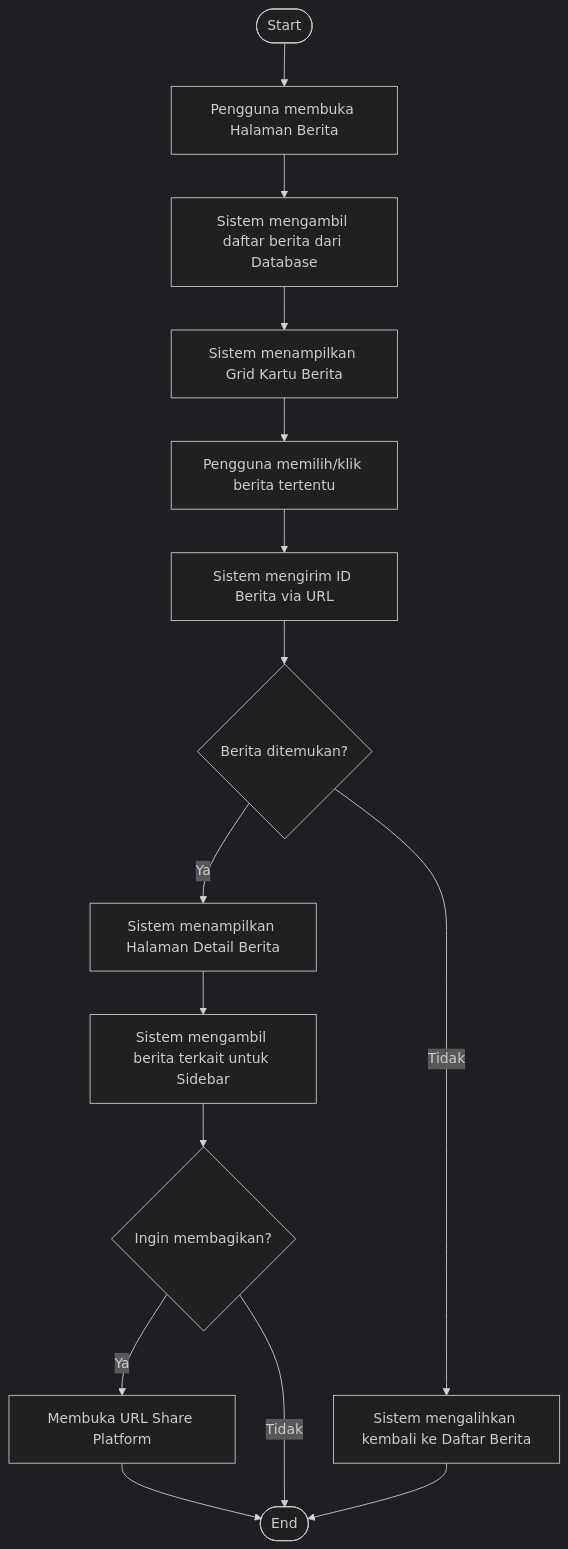
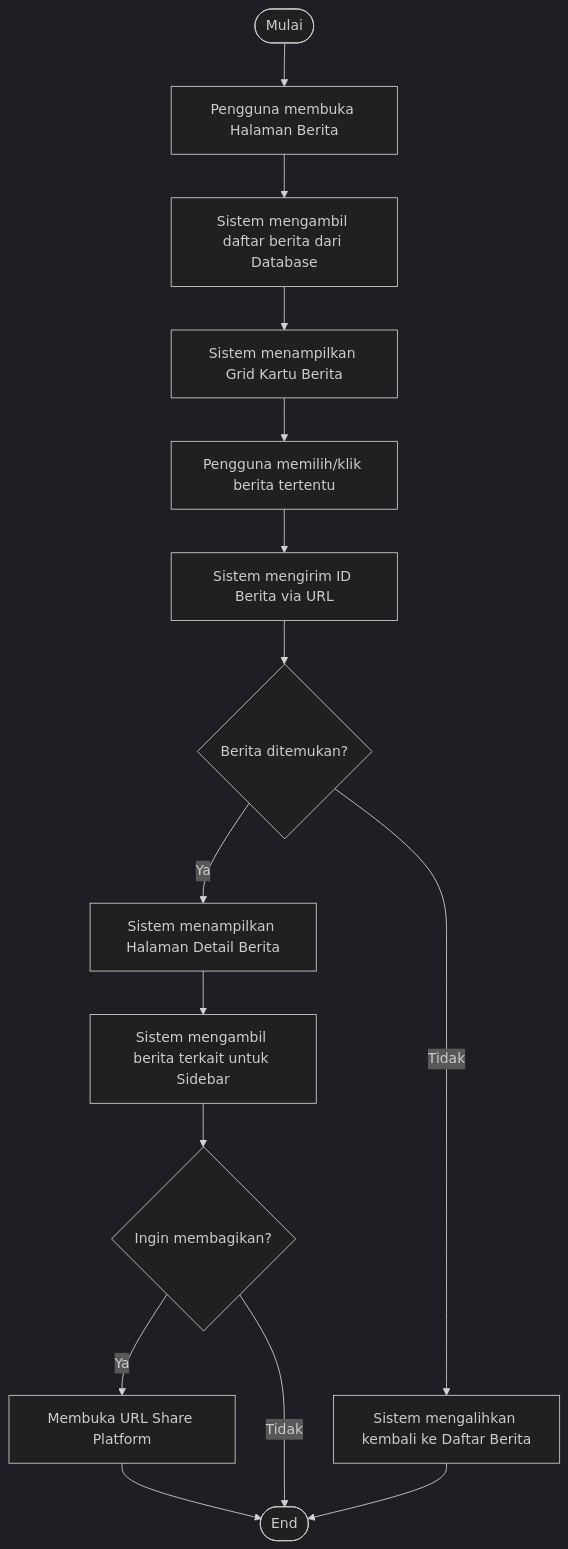
One commit to arbain-dev/Web_fikom changed the third of 8 diagrams in docs/activity_diagram_publik.md. Above: the diagram before and after it, drawn with Mermaid (dark theme). The commit also changed other lines of this file and 7 other files, not shown here.

Commit message:
docs: standarisasi semua awal flowchart diagram menjadi 'Mulai'

````diff
--- a/docs/activity_diagram_publik.md
+++ b/docs/activity_diagram_publik.md
@@ -75,23 +75,23 @@
 ```mermaid
 flowchart TD
-    Start([Start]) --> OpenBerita[Pengguna membuka Halaman Berita]
+    Mulai([Mulai]) --> OpenBerita[Pengguna membuka Halaman Berita]
     OpenBerita --> FetchNews[Sistem mengambil daftar berita dari Database]
     FetchNews --> ShowGrid[Sistem menampilkan Grid Kartu Berita]
     
     ShowGrid --> ClickNews[Pengguna memilih/klik berita tertentu]
     ClickNews --> SendID[Sistem mengirim ID Berita via URL]
     
     SendID --> CheckID{Berita ditemukan?}
     
     CheckID -- "Ya" --> ShowDetail[Sistem menampilkan Halaman Detail Berita]
     ShowDetail --> Sidebar[Sistem mengambil berita terkait untuk Sidebar]
     
     CheckID -- "Tidak" --> Redirect[Sistem mengalihkan kembali ke Daftar Berita]
     
     Sidebar --> Share{Ingin membagikan?}
     Share -- "Ya" --> OpenShare[Membuka URL Share Platform]
     OpenShare --> End([End])
     
     Share -- "Tidak" --> End
     Redirect --> End
 ```
````
